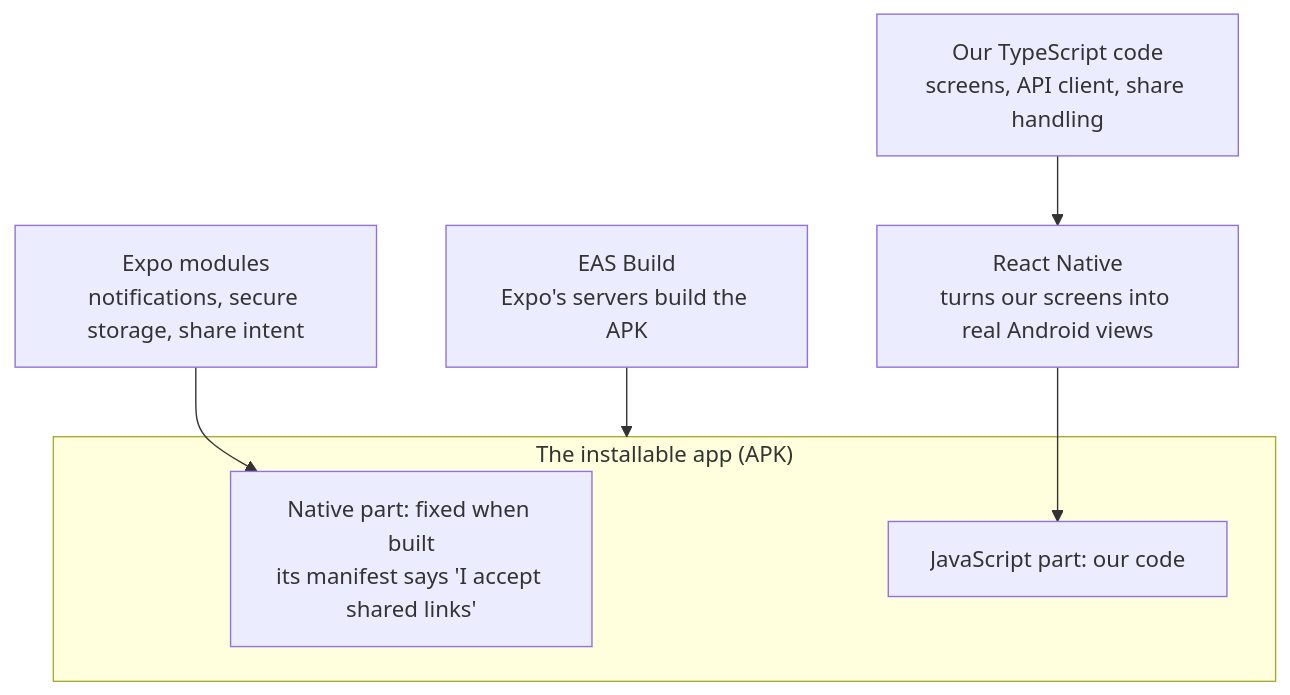
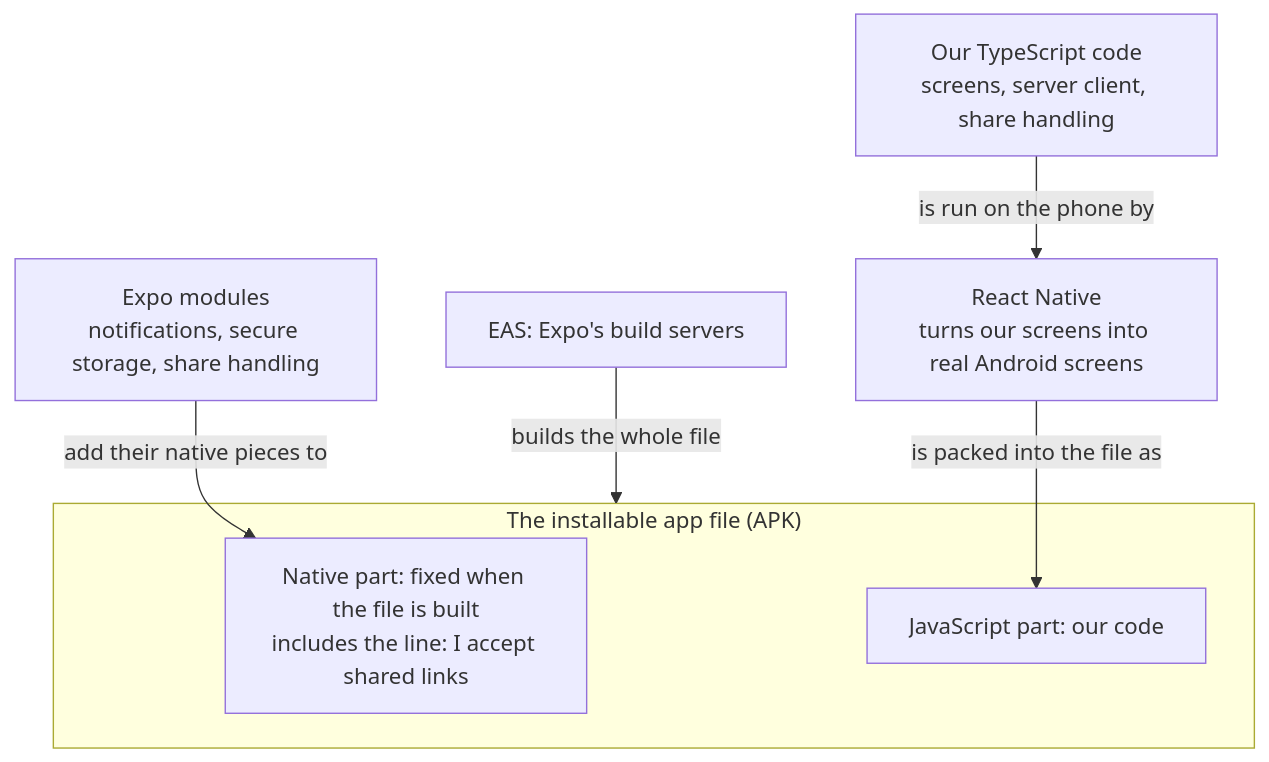
The seventh of 13 diagrams in docs/architecture.md (SunchokePasta/Plannr), drawn with Mermaid before and after one commit. The commit also changed other lines of this file and 3 other files, not shown here.

First line of the commit message:
Rewrite the architecture page around a glossary and labelled steps

````diff
--- a/docs/architecture.md
+++ b/docs/architecture.md
@@ -308,15 +324,15 @@
 ```mermaid
 flowchart TB
-  ts["Our TypeScript code<br/>screens, API client, share handling"]
-  rn["React Native<br/>turns our screens into real Android views"]
-  mods["Expo modules<br/>notifications, secure storage, share intent"]
-  subgraph APK["The installable app (APK)"]
-    native["Native part: fixed when built<br/>its manifest says 'I accept shared links'"]
+  ts["Our TypeScript code<br/>screens, server client, share handling"]
+  rn["React Native<br/>turns our screens into real Android screens"]
+  mods["Expo modules<br/>notifications, secure storage, share handling"]
+  subgraph APK["The installable app file (APK)"]
+    native["Native part: fixed when the file is built<br/>includes the line: I accept shared links"]
     js["JavaScript part: our code"]
   end
-  eas["EAS Build<br/>Expo's servers build the APK"]
-  ts --> rn
-  rn --> js
-  mods --> native
-  eas --> APK
+  eas["EAS: Expo's build servers"]
+  ts -->|"is run on the phone by"| rn
+  rn -->|"is packed into the file as"| js
+  mods -->|"add their native pieces to"| native
+  eas -->|"builds the whole file"| APK
 ```
````
